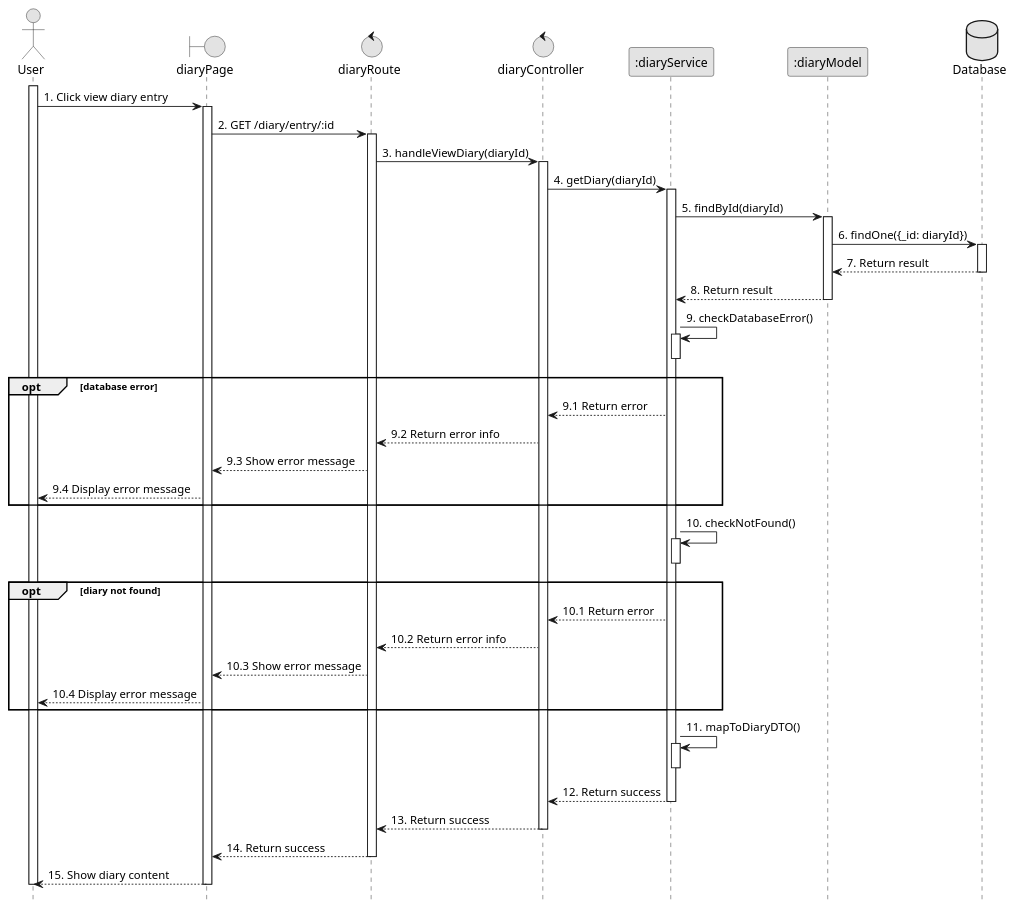
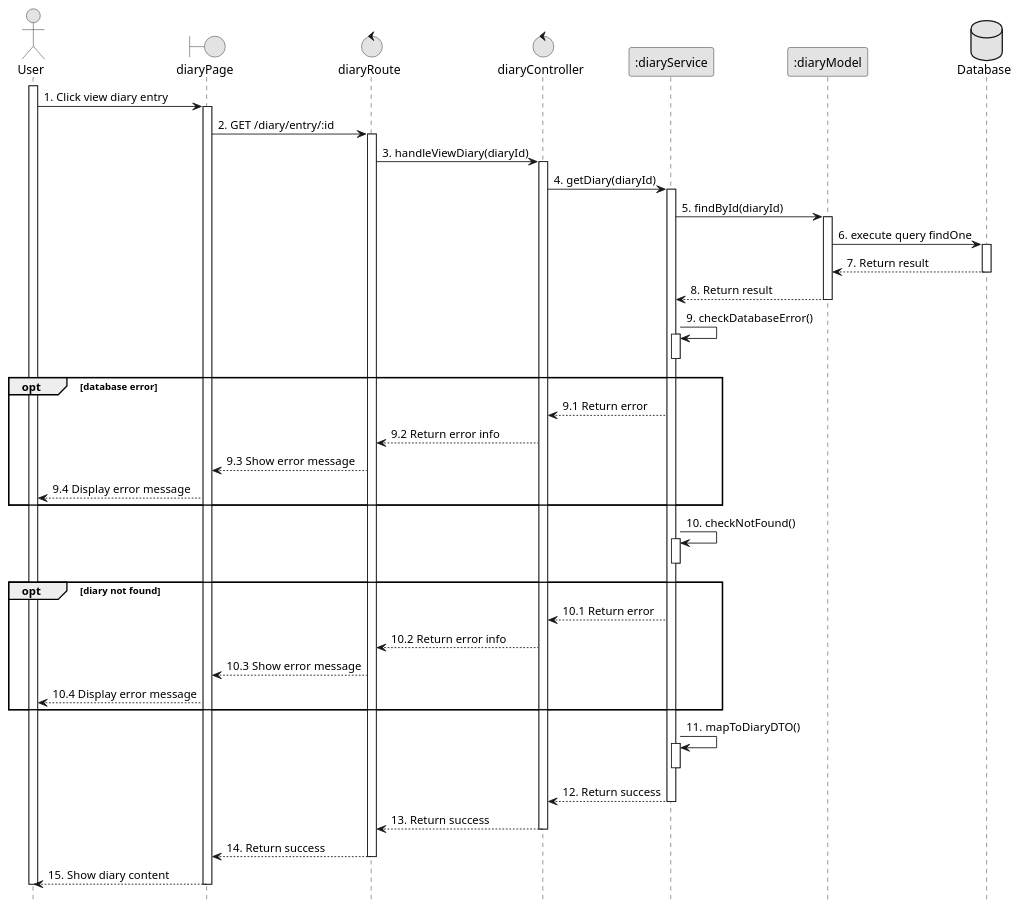
Before and after one commit to VietDurian/VietDurian: the diagram in planuml/web/10.2_viewDiary.puml, drawn with PlantUML. The commit also changed 22 other files, not shown here.

Commit message:
ViVLT: Edit sequences

```diff
--- a/planuml/web/10.2_viewDiary.puml
+++ b/planuml/web/10.2_viewDiary.puml
@@ -1,63 +1,63 @@
 @startuml 10.2_viewDiary
 skinparam monochrome true
 skinparam shadowing false
 skinparam sequenceArrowThickness 1
 hide footbox
 
 actor User
 boundary diaryPage as UI
 control diaryRoute as Route
 control diaryController as Controller
 participant ":diaryService" as Service
 participant ":diaryModel" as Model
 database Database as DB
 
 activate User
 User -> UI : 1. Click view diary entry
 activate UI
 UI -> Route : 2. GET /diary/entry/:id
 activate Route
 Route -> Controller : 3. handleViewDiary(diaryId)
 activate Controller
 Controller -> Service : 4. getDiary(diaryId)
 activate Service
 Service -> Model : 5. findById(diaryId)
 activate Model
-Model -> DB : 6. findOne({_id: diaryId})
+Model -> DB : 6. execute query findOne
 activate DB
 DB --> Model : 7. Return result 
 deactivate DB
 Model --> Service : 8. Return result
 deactivate Model
 Service -> Service : 9. checkDatabaseError()
 activate Service
 deactivate Service
 opt database error
     Service --> Controller : 9.1 Return error
     Controller --> Route : 9.2 Return error info
     Route --> UI : 9.3 Show error message
     UI --> User : 9.4 Display error message
 end
 Service -> Service : 10. checkNotFound()
 activate Service
 deactivate Service
 opt diary not found
     Service --> Controller : 10.1 Return error
     Controller --> Route : 10.2 Return error info
     Route --> UI : 10.3 Show error message
     UI --> User : 10.4 Display error message
 end
 Service -> Service : 11. mapToDiaryDTO()
 activate Service
 deactivate Service
 Service --> Controller : 12. Return success
 deactivate Service
 Controller --> Route : 13. Return success
 deactivate Controller
 Route --> UI : 14. Return success
 deactivate Route
 UI --> User : 15. Show diary content
 deactivate UI
 deactivate User
 
 @enduml
```
